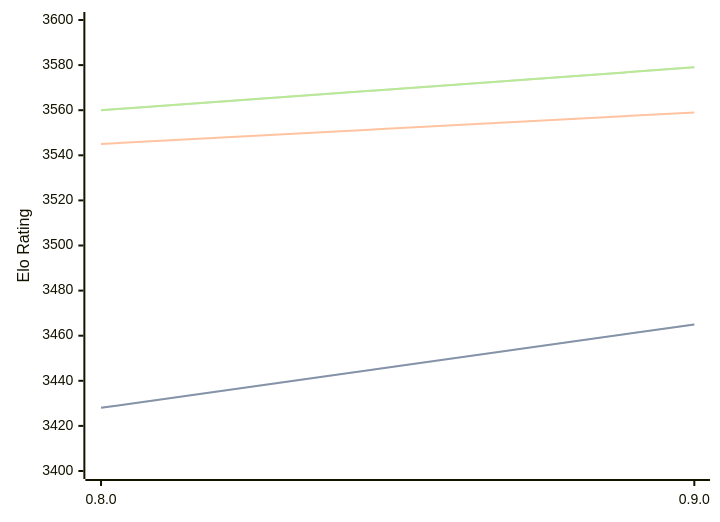
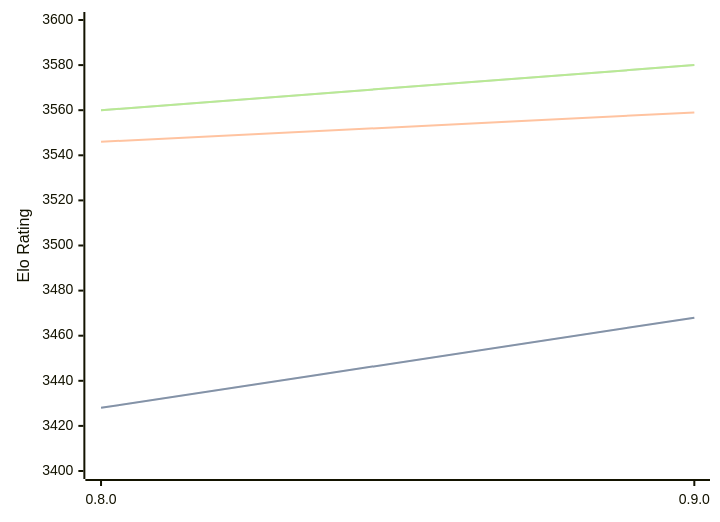
One commit to computer-chess-index/cci changed the first of 3 diagrams in engines/Reckless.md. Above: the diagram before and after it, drawn with Mermaid. The commit also changed other lines of this file, not shown here.

Commit message:
Update CCI Ratings (ELO VLTC) - 2026-07-17

````diff
--- a/engines/Reckless.md
+++ b/engines/Reckless.md
@@ -39,11 +39,11 @@
 ```mermaid
 %%{init: {"theme":"base","themeVariables":{"seriesColors:['#a3a3a3','#222221','#faa371']}}}%%
 xychart-beta
   x-axis ["0.8.0", "0.9.0"]
   y-axis "Elo Rating" 3400 --> 3600
-  line "STC (8.0+0.08s)" [3428, 3465]
-  line "STC (8.0+0.08s)" [3428, 3465]
-  line "LTC (60.0+0.60s)" [3545, 3559]
-  line "VLTC (2m24s+1.12s)" [3560, 3579]
-  line "VLTC (2m24s+1.12s)" [3560, 3579]
+  line "STC (8.0+0.08s)" [3428, 3468]
+  line "STC (8.0+0.08s)" [3428, 3468]
+  line "LTC (60.0+0.60s)" [3546, 3559]
+  line "VLTC (2m24s+1.12s)" [3560, 3580]
+  line "VLTC (2m24s+1.12s)" [3560, 3580]
 ```
````
